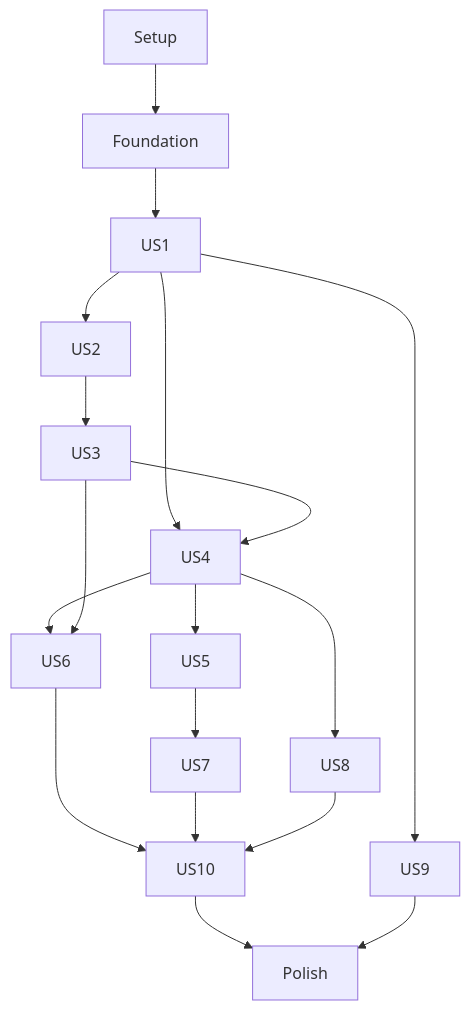
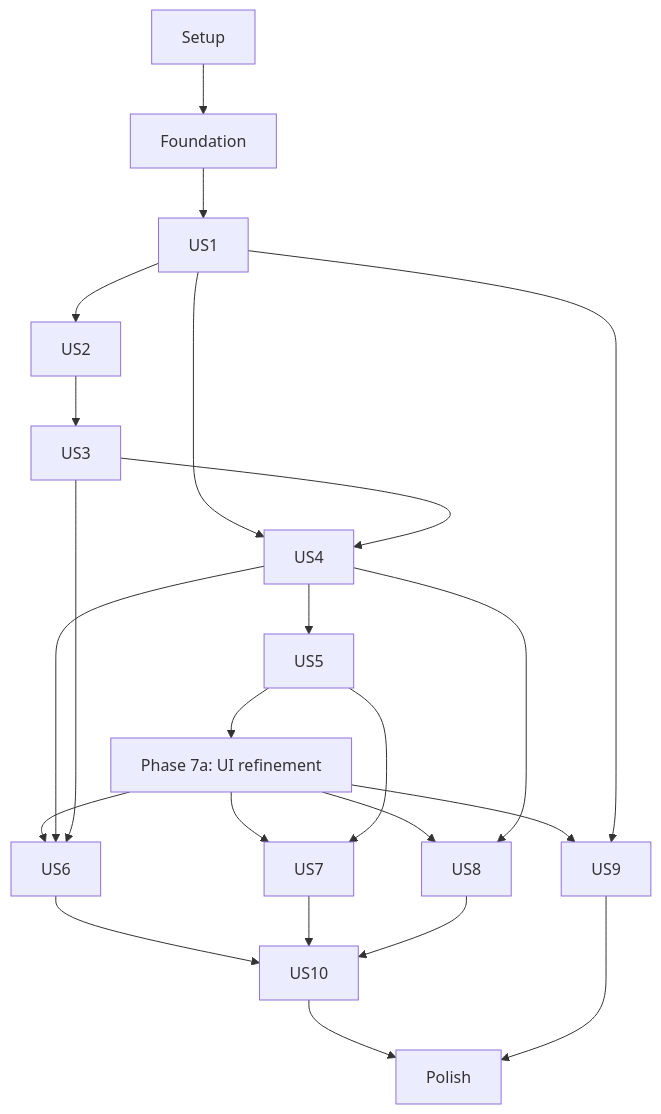
One commit to danilovcpp/environment-builder changed the diagram in specs/001-environment-builder/tasks.md. Above: the diagram before and after it, drawn with Mermaid. The commit also changed other lines of this file and 6 other files, not shown here.

````diff
--- a/specs/001-environment-builder/tasks.md
+++ b/specs/001-environment-builder/tasks.md
@@ -420,20 +455,25 @@
 ```mermaid
 flowchart TD
     Setup --> Foundation
     Foundation --> US1
     US1 --> US2
     US2 --> US3
     US1 --> US4
     US3 --> US4
     US4 --> US5
+    US5 --> UI["Phase 7a: UI refinement"]
+    UI --> US6
+    UI --> US7
+    UI --> US8
+    UI --> US9
     US4 --> US6
     US3 --> US6
     US5 --> US7
     US4 --> US8
     US1 --> US9
     US6 --> US10
     US7 --> US10
     US8 --> US10
     US10 --> Polish
     US9 --> Polish
 ```
````
